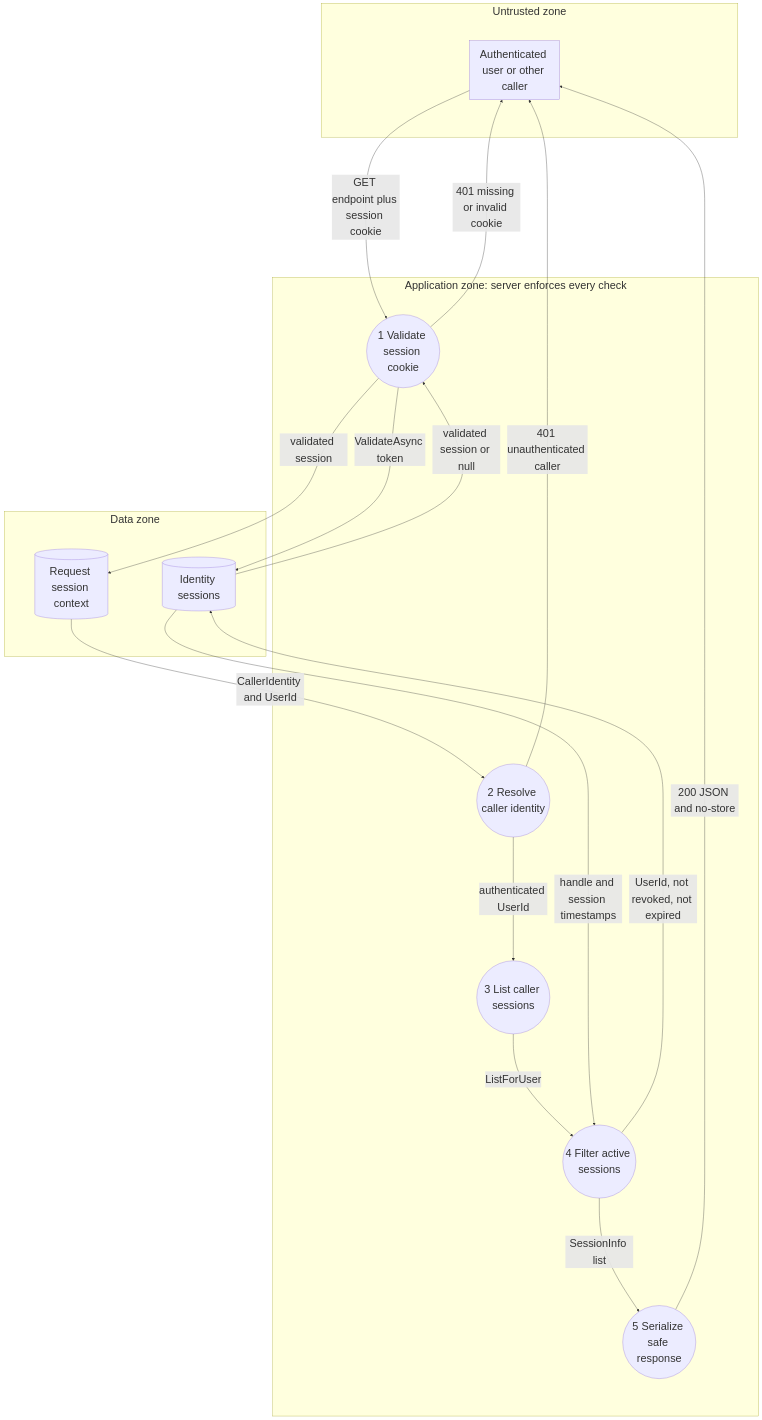
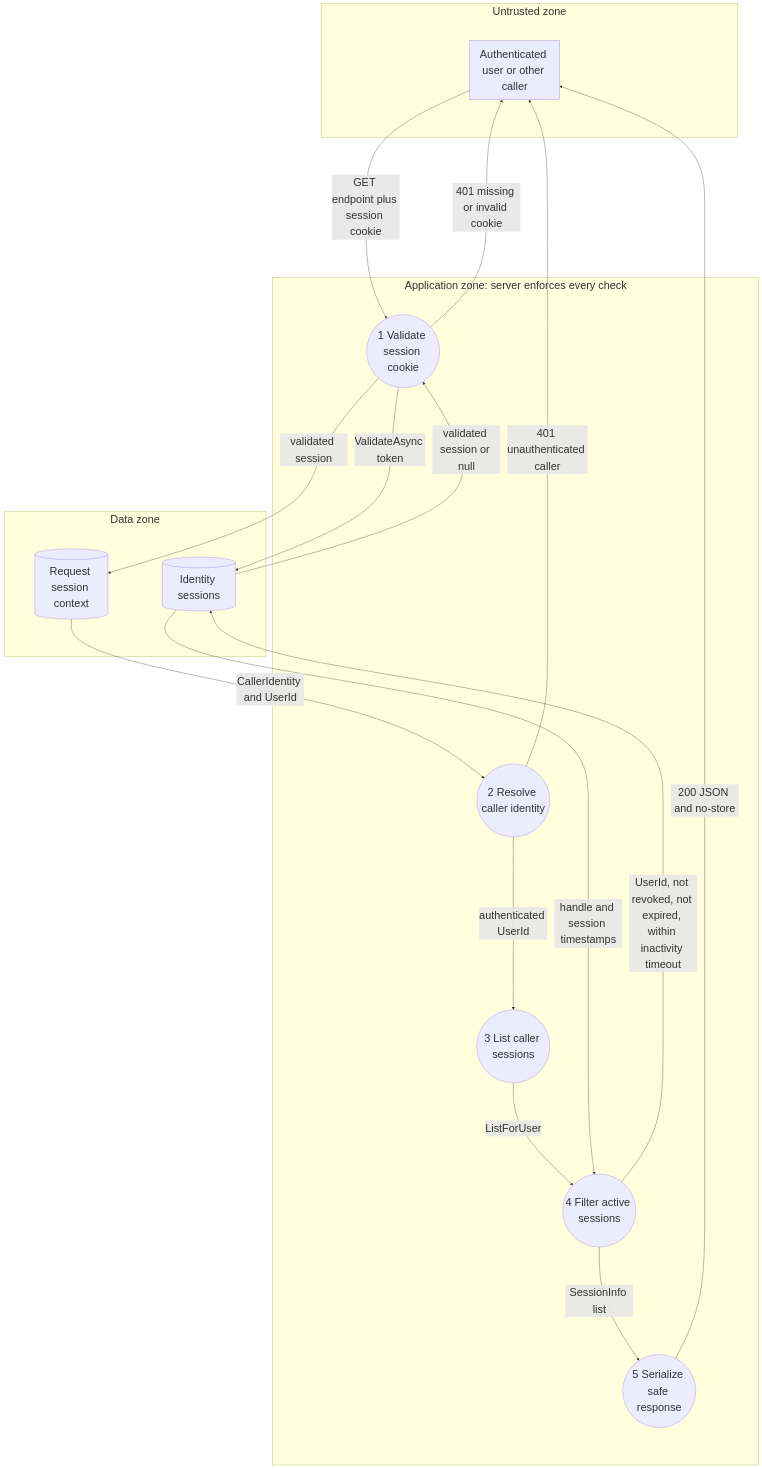
The second of 2 diagrams in docs/IDN-07-SESSION-REVIEW-REVOKE.md (owlCoder/security-lab), drawn with Mermaid before and after one commit. The commit also changed other lines of this file and 20 other files, not shown here.

````diff
--- a/docs/IDN-07-SESSION-REVIEW-REVOKE.md
+++ b/docs/IDN-07-SESSION-REVIEW-REVOKE.md
@@ -89,36 +89,36 @@
 ```mermaid
 %%{init: {'themeVariables': {'fontSize': '32px'}, 'flowchart': {'nodeSpacing': 160, 'rankSpacing': 220, 'diagramPadding': 80}}}%%
 flowchart TB
     classDef default font-size: 32px;
 
     subgraph UNTRUSTED["Untrusted zone"]
         Actor["Authenticated user or other caller"]
     end
 
     subgraph APPLICATION["Application zone: server enforces every check"]
         P1(("1 Validate session cookie"))
         P2(("2 Resolve caller identity"))
         P3(("3 List caller sessions"))
         P4(("4 Filter active sessions"))
         P5(("5 Serialize safe response"))
     end
 
     subgraph DATAFLOW["Data zone"]
         D1[("Identity sessions")]
         D2[("Request session context")]
     end
 
     Actor -->|GET endpoint plus session cookie| P1
     P1 -->|ValidateAsync token| D1
     D1 -->|validated session or null| P1
     P1 -->|validated session| D2
     D2 -->|CallerIdentity and UserId| P2
     P2 -->|authenticated UserId| P3
     P3 -->|ListForUser| P4
-    P4 -->|UserId, not revoked, not expired| D1
+    P4 -->|UserId, not revoked, not expired, within inactivity timeout| D1
     D1 -->|handle and session timestamps| P4
     P4 -->|SessionInfo list| P5
     P5 -->|200 JSON and no-store| Actor
     P1 -->|401 missing or invalid cookie| Actor
     P2 -->|401 unauthenticated caller| Actor
 ```
````
